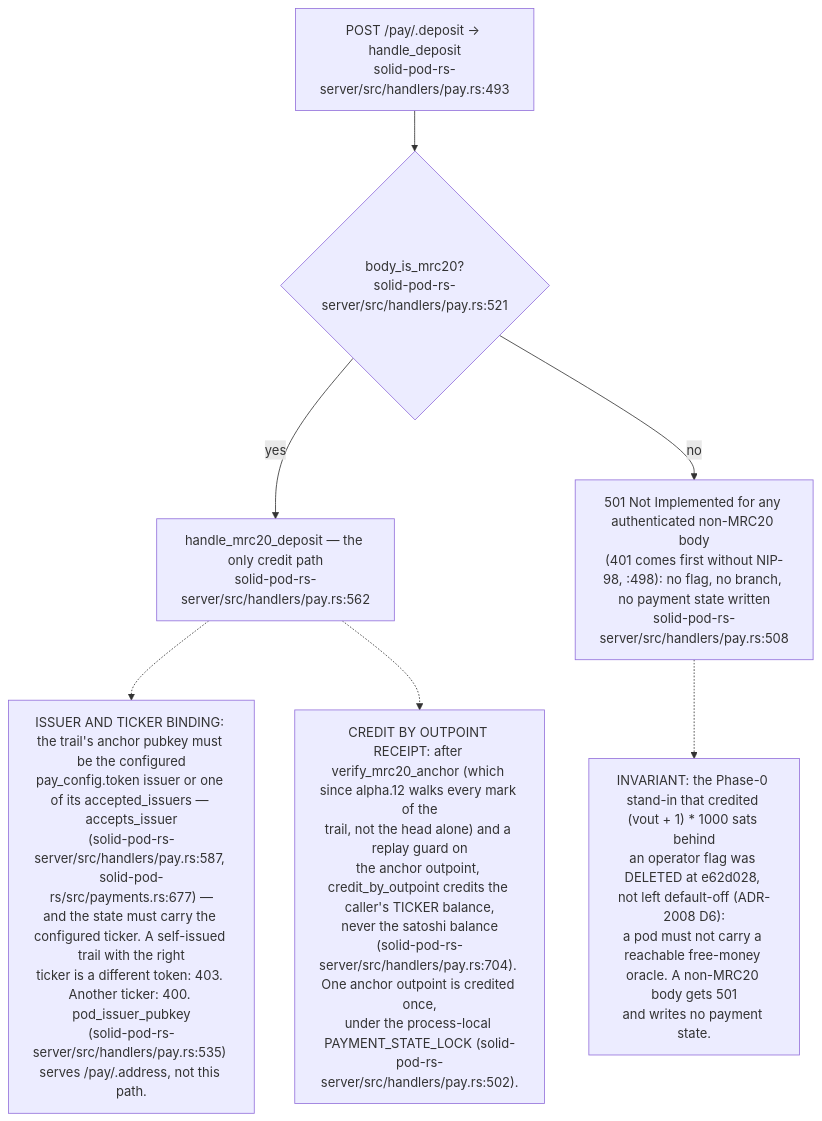
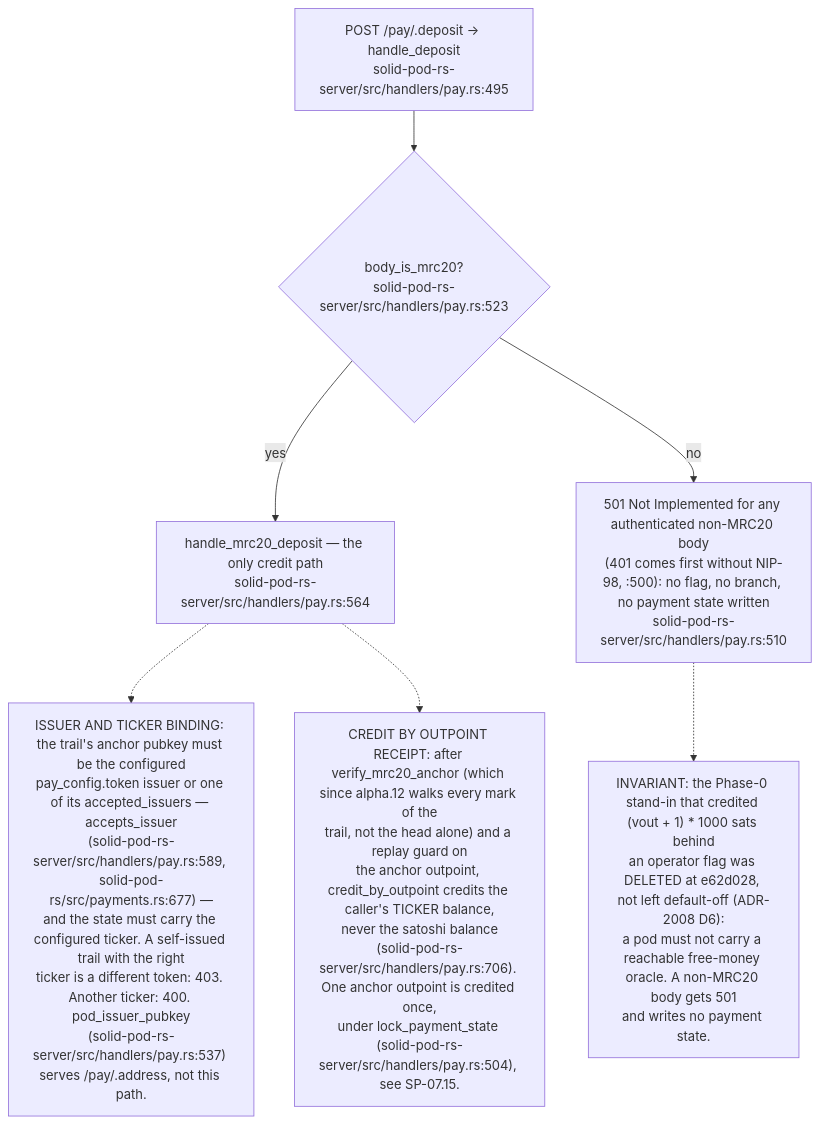
One commit to DreamLab-AI/VisionFlow changed diagram 16 of 19 in docs/diagrams/solid-pod-rs/07-provenance-and-payments.md. Above: the diagram before and after it, drawn with Mermaid. The commit also changed other lines of this file and 2 other files, not shown here.

First line of the commit message:
docs(diagrams): SP-07, SP-10, SP-15 re-verified at solid-pod-rs a28a748

````diff
--- a/docs/diagrams/solid-pod-rs/07-provenance-and-payments.md
+++ b/docs/diagrams/solid-pod-rs/07-provenance-and-payments.md
@@ -470,18 +476,18 @@
 ```mermaid
 flowchart TD
-    IN["POST /pay/.deposit -> handle_deposit<br/>solid-pod-rs-server/src/handlers/pay.rs:493"]
-    SNIFF{"body_is_mrc20?<br/>solid-pod-rs-server/src/handlers/pay.rs:521"}
-    MRC["handle_mrc20_deposit — the only credit path<br/>solid-pod-rs-server/src/handlers/pay.rs:562"]
-    R501["501 Not Implemented for any authenticated non-MRC20 body<br/>(401 comes first without NIP-98, :498): no flag, no branch, no payment state written<br/>solid-pod-rs-server/src/handlers/pay.rs:508"]
+    IN["POST /pay/.deposit -> handle_deposit<br/>solid-pod-rs-server/src/handlers/pay.rs:495"]
+    SNIFF{"body_is_mrc20?<br/>solid-pod-rs-server/src/handlers/pay.rs:523"}
+    MRC["handle_mrc20_deposit — the only credit path<br/>solid-pod-rs-server/src/handlers/pay.rs:564"]
+    R501["501 Not Implemented for any authenticated non-MRC20 body<br/>(401 comes first without NIP-98, :500): no flag, no branch, no payment state written<br/>solid-pod-rs-server/src/handlers/pay.rs:510"]
 
     IN --> SNIFF
     SNIFF -- yes --> MRC
     SNIFF -- no --> R501
 
     N["INVARIANT: the Phase-0 stand-in that credited (vout + 1) * 1000 sats behind<br/>an operator flag was DELETED at e62d028, not left default-off (ADR-2008 D6):<br/>a pod must not carry a reachable free-money oracle. A non-MRC20 body gets 501<br/>and writes no payment state."]
     R501 -.-> N
-    N2["ISSUER AND TICKER BINDING: the trail's anchor pubkey must be the configured<br/>pay_config.token issuer or one of its accepted_issuers — accepts_issuer<br/>(solid-pod-rs-server/src/handlers/pay.rs:587, solid-pod-rs/src/payments.rs:677) —<br/>and the state must carry the configured ticker. A self-issued trail with the right<br/>ticker is a different token: 403. Another ticker: 400. pod_issuer_pubkey<br/>(solid-pod-rs-server/src/handlers/pay.rs:535) serves /pay/.address, not this path."]
+    N2["ISSUER AND TICKER BINDING: the trail's anchor pubkey must be the configured<br/>pay_config.token issuer or one of its accepted_issuers — accepts_issuer<br/>(solid-pod-rs-server/src/handlers/pay.rs:589, solid-pod-rs/src/payments.rs:677) —<br/>and the state must carry the configured ticker. A self-issued trail with the right<br/>ticker is a different token: 403. Another ticker: 400. pod_issuer_pubkey<br/>(solid-pod-rs-server/src/handlers/pay.rs:537) serves /pay/.address, not this path."]
     MRC -.-> N2
-    N3["CREDIT BY OUTPOINT RECEIPT: after verify_mrc20_anchor (which since alpha.12 walks every mark of the<br/>trail, not the head alone) and a replay guard on<br/>the anchor outpoint, credit_by_outpoint credits the caller's TICKER balance,<br/>never the satoshi balance<br/>(solid-pod-rs-server/src/handlers/pay.rs:704). One anchor outpoint is credited once,<br/>under the process-local PAYMENT_STATE_LOCK (solid-pod-rs-server/src/handlers/pay.rs:502)."]
+    N3["CREDIT BY OUTPOINT RECEIPT: after verify_mrc20_anchor (which since alpha.12 walks every mark of the<br/>trail, not the head alone) and a replay guard on<br/>the anchor outpoint, credit_by_outpoint credits the caller's TICKER balance,<br/>never the satoshi balance<br/>(solid-pod-rs-server/src/handlers/pay.rs:706). One anchor outpoint is credited once,<br/>under lock_payment_state (solid-pod-rs-server/src/handlers/pay.rs:504), see SP-07.15."]
     MRC -.-> N3
 ```
````
